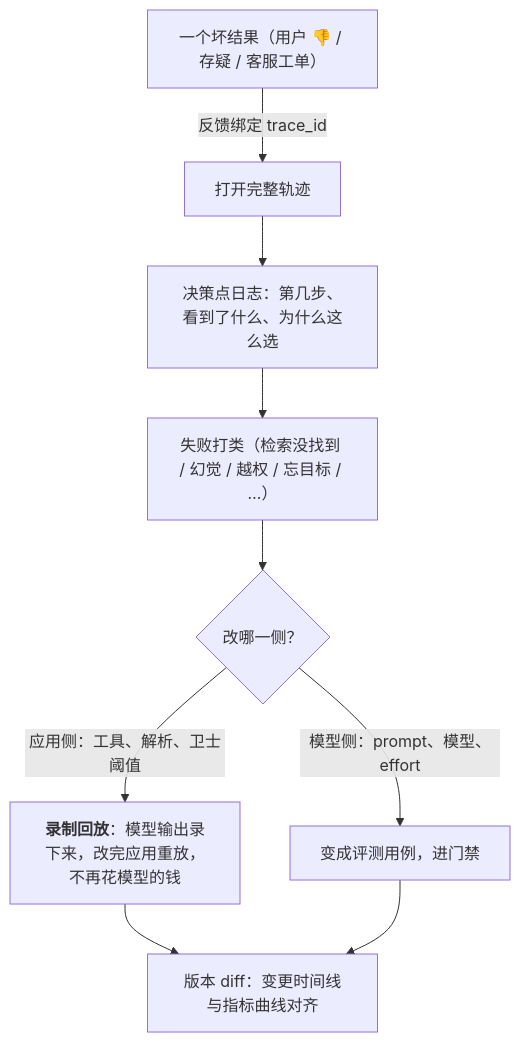
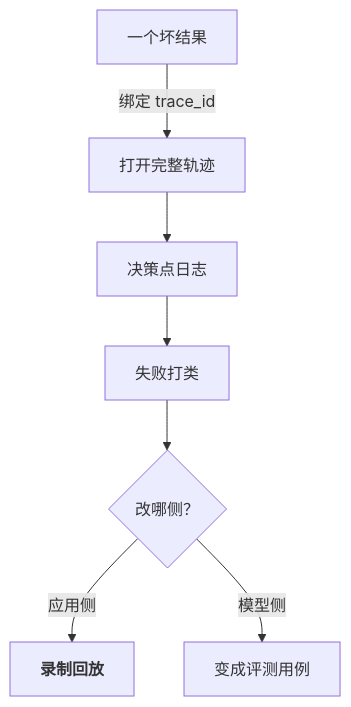
One commit to arganzheng/arganzheng.github.com changed the seventh of 9 diagrams in slides/2026-11-06-evals-and-observability.md. Above: the diagram before and after it, drawn with Mermaid. The commit also changed other lines of this file, not shown here.

Commit message:
slides/evals-and-observability: cut/shorten mermaid diagrams below 14px rendered text (check-render smalltext/overlap)

````diff
--- a/slides/2026-11-06-evals-and-observability.md
+++ b/slides/2026-11-06-evals-and-observability.md
@@ -232,12 +228,12 @@
 ```mermaid
 %%{init: {"flowchart": {"wrappingWidth": 170}}}%%
 flowchart TB
-    B["一个坏结果（用户 👎 / 存疑 / 客服工单）"] -- "反馈绑定 trace_id" --> TR["打开完整轨迹"]
-    TR --> D["决策点日志：第几步、看到了什么、为什么这么选"]
-    D --> C["失败打类（检索没找到 / 幻觉 / 越权 / 忘目标 / …）"]
-    C --> F{"改哪一侧？"}
-    F -- "应用侧：工具、解析、卫士阈值" --> RP["<b>录制回放</b>：模型输出录下来，改完应用重放，不再花模型的钱"]
-    F -- "模型侧：prompt、模型、effort" --> EV["变成评测用例，进门禁"]
-    RP & EV --> V["版本 diff：变更时间线与指标曲线对齐"]
+    B["一个坏结果"] -- "绑定 trace_id" --> TR["打开完整轨迹"]
+    TR --> D["决策点日志"]
+    D --> C["失败打类"]
+    C --> F{"改哪侧？"}
+    F -- "应用侧" --> RP["<b>录制回放</b>"]
+    F -- "模型侧" --> EV["变成评测用例"]
+
 
 ```
````
